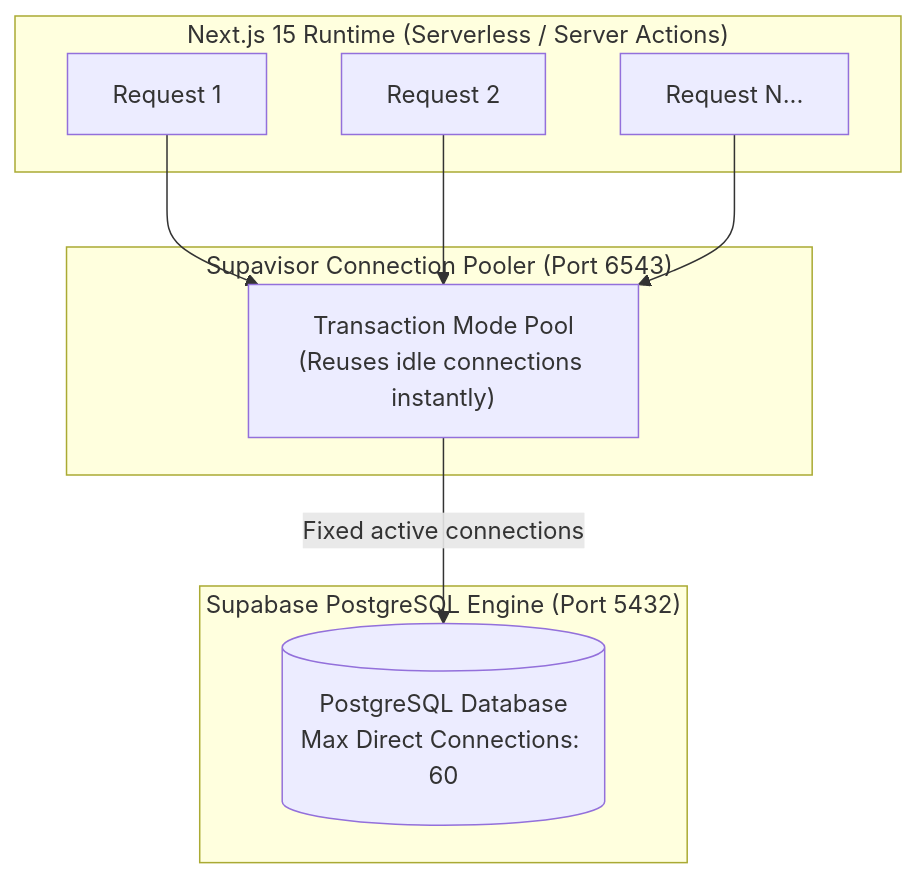
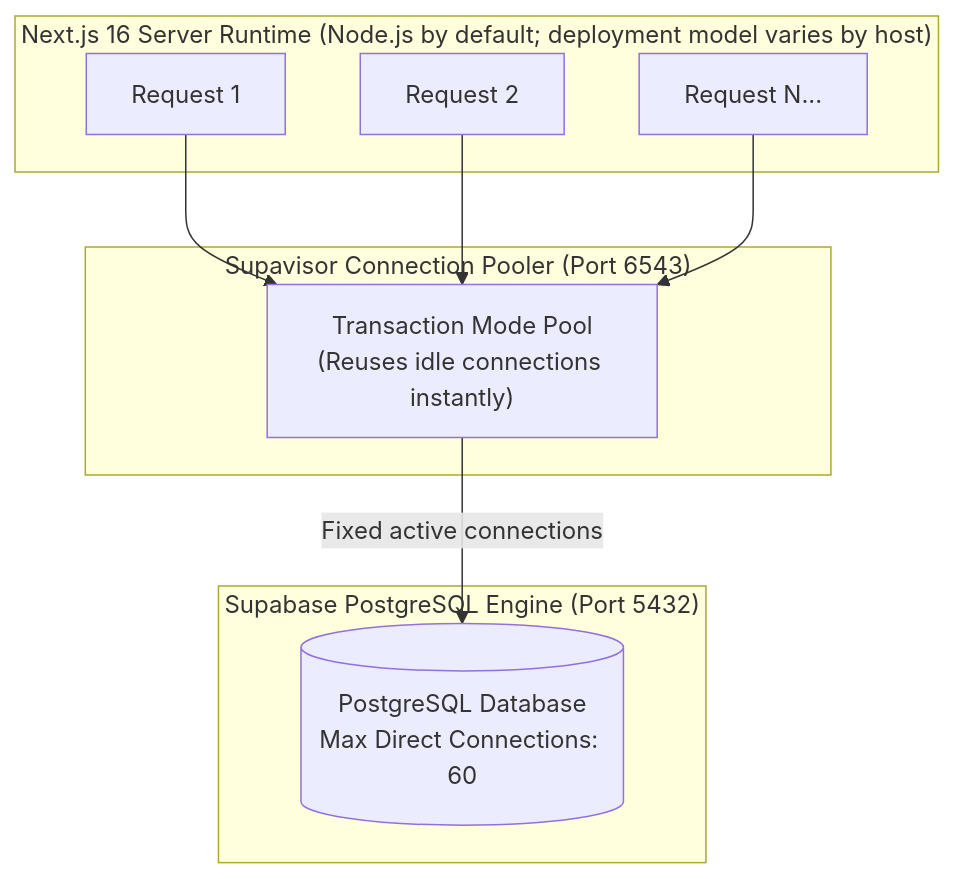
Before and after one commit to hermarDev/Abang_Cebu_AI_Group2: the second of 2 diagrams in docs/database/supabase-architecture.md, drawn with Mermaid. The commit also changed other lines of this file and 101 other files, not shown here.

````diff
--- a/docs/database/supabase-architecture.md
+++ b/docs/database/supabase-architecture.md
@@ -83,21 +83,21 @@
 ```mermaid
 flowchart TD
-    subgraph NextJSServer["Next.js 15 Runtime (Serverless / Server Actions)"]
+    subgraph NextJSServer["Next.js 16 Server Runtime (Node.js by default; deployment model varies by host)"]
         Req1["Request 1"]
         Req2["Request 2"]
         ReqN["Request N..."]
     end
 
     subgraph Supavisor["Supavisor Connection Pooler (Port 6543)"]
         Pool["Transaction Mode Pool<br/>(Reuses idle connections instantly)"]
     end
 
     subgraph PostgreSQL["Supabase PostgreSQL Engine (Port 5432)"]
         DB[("PostgreSQL Database<br/>Max Direct Connections: 60")]
     end
 
     Req1 --> Pool
     Req2 --> Pool
     ReqN --> Pool
     Pool -->|Fixed active connections| DB
 ```
````
